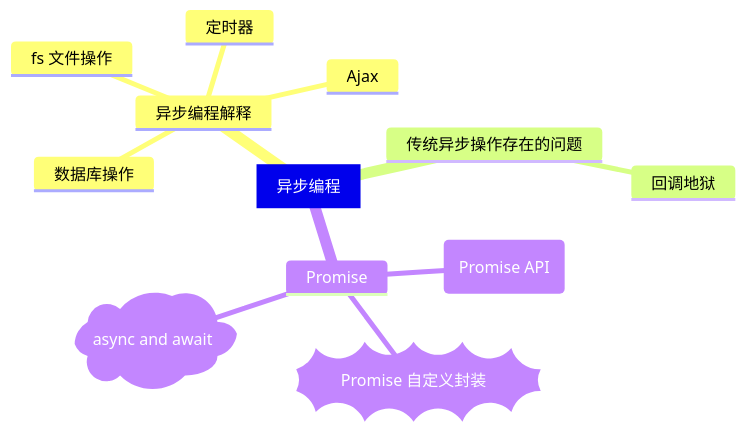
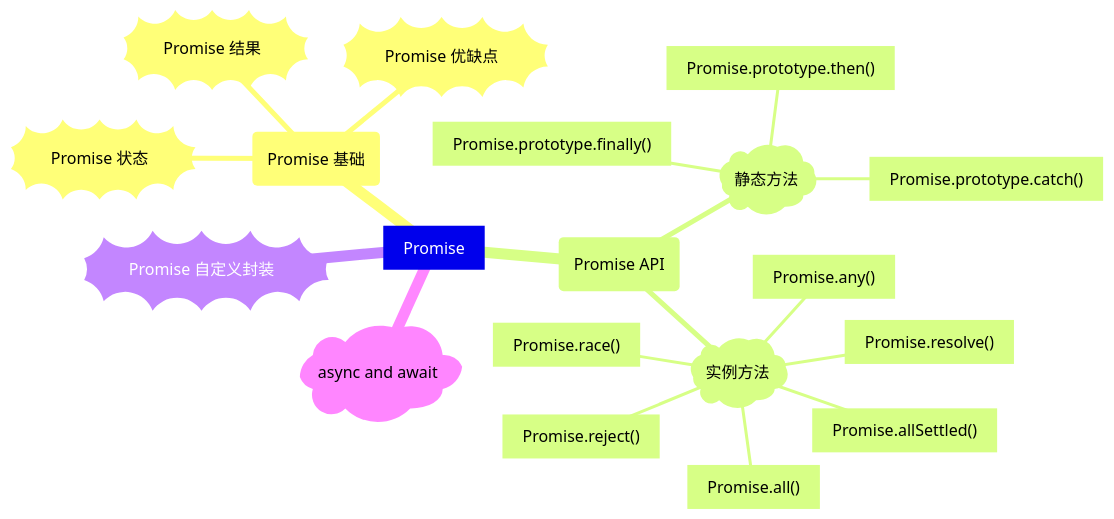
The first of 6 diagrams in source/_posts/JavaScript-Promise.md (HelenZhangLP/blog), drawn with Mermaid before and after one commit. The commit also changed other lines of this file and 413 other files, not shown here.

````diff
--- a/source/_posts/JavaScript-Promise.md
+++ b/source/_posts/JavaScript-Promise.md
@@ -8,15 +8,22 @@
 ```mermaid
  mindmap
-  root[异步编程]
-    异步编程解释
-      fs 文件操作
-      数据库操作
-      Ajax
-      定时器
-    传统异步操作存在的问题
-      回调地狱
-    Promise
-      API(Promise API)
-      problem))Promise 自定义封装((
-      async&await )async and await(
+  root[Promise]
+    base(Promise 基础)
+      advantagesAndDisadvantages))Promise 优缺点((
+      promiseState))Promise 状态((
+      PromiseResult))Promise 结果((
+    API(Promise API)
+      m1)静态方法(
+        then["Promise.prototype.then()"]
+        catch["Promise.prototype.catch()"]
+        finally["Promise.prototype.finally()"]
+      m2)实例方法(
+        resolve["Promise.resolve()"]
+        reject["Promise.reject()"]
+        all["Promise.all()"]
+        race["Promise.race()"]
+        any["Promise.any()"]
+        allSettled["Promise.allSettled()"]
+    problem))Promise 自定义封装((
+    async&await )async and await(
 ```
````
